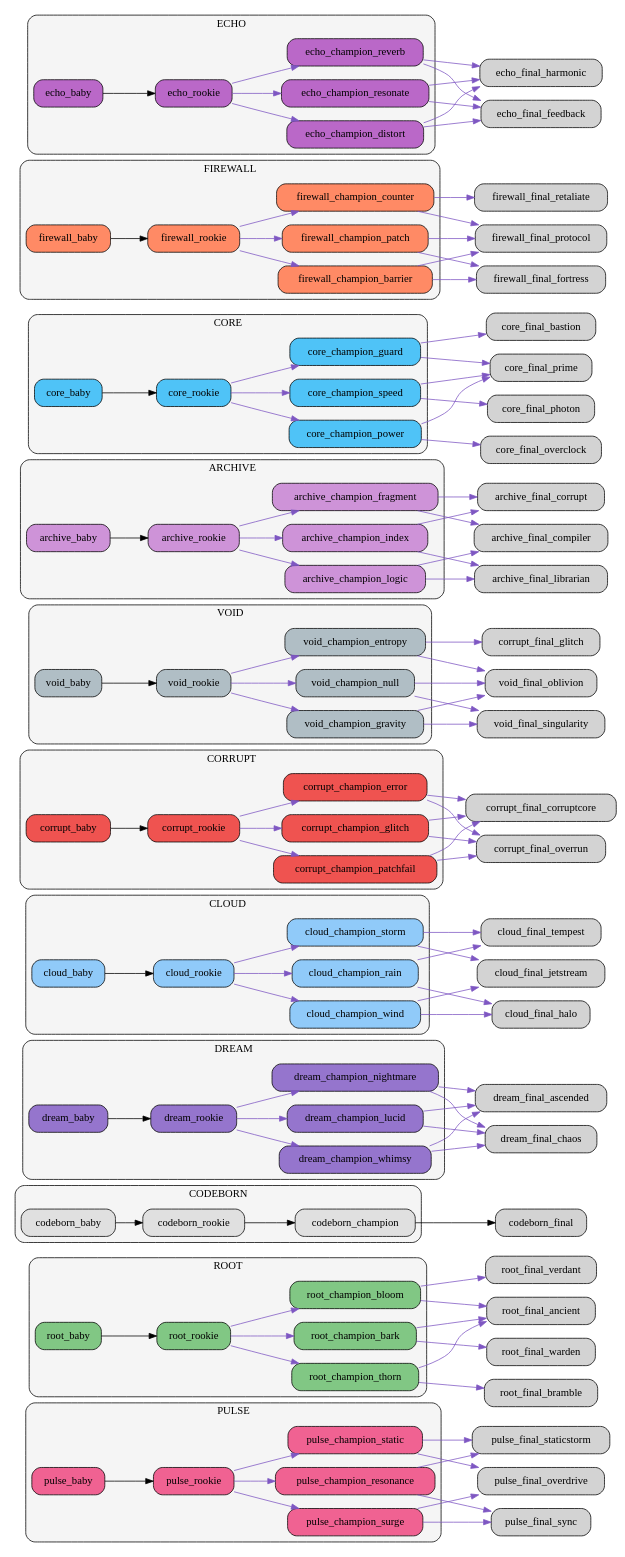
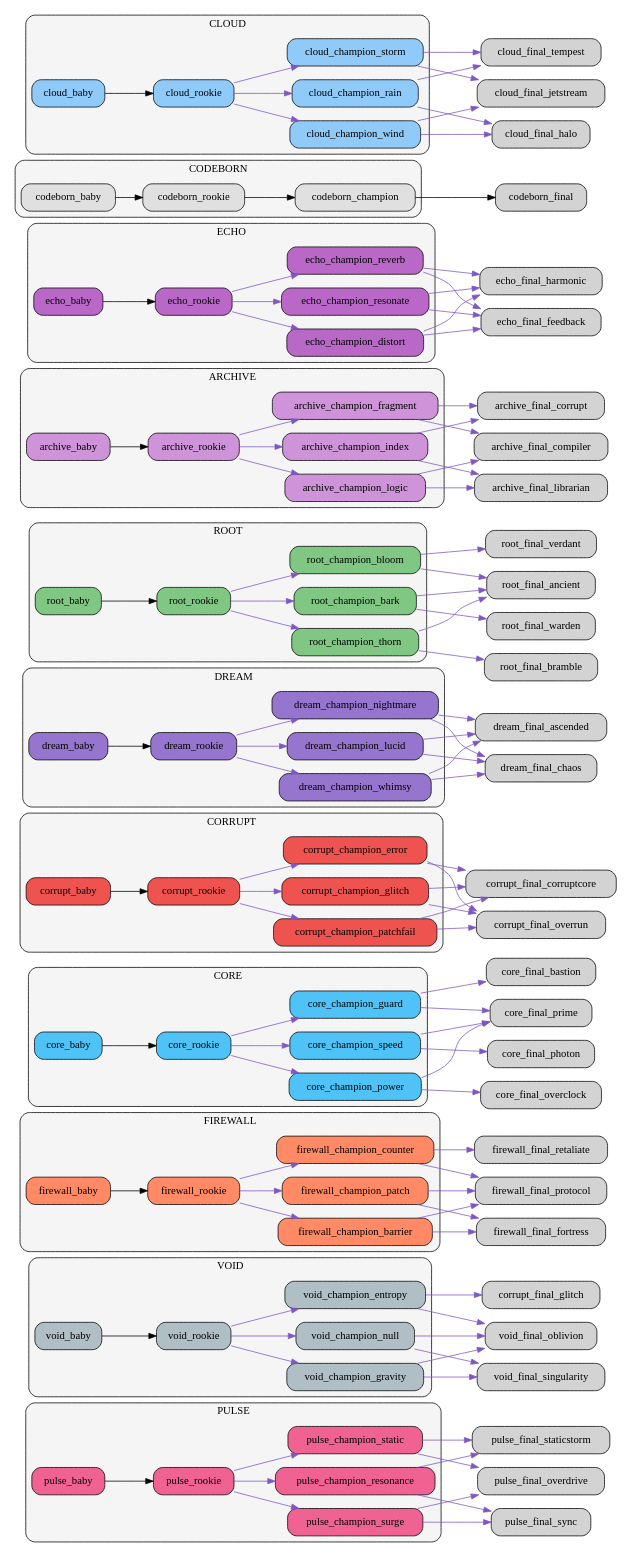
Before and after one commit to bwlight/NetGrid: the diagram in src/netgrid/systems/evolution/graphs/clusters/evolution_clusters.dot, drawn with Graphviz. The commit also changed other lines of this file and 8 other files, not shown here.

Commit message:
Auto-update evolution graphs

```diff
--- a/src/netgrid/systems/evolution/graphs/clusters/evolution_clusters.dot
+++ b/src/netgrid/systems/evolution/graphs/clusters/evolution_clusters.dot
@@ -10,21 +10,41 @@
     "pulse_champion_resonance" [fillcolor="#f06292"];
     "pulse_champion_static" [fillcolor="#f06292"];
   }
-  subgraph cluster_root {
-    label="ROOT";
+  subgraph cluster_void {
+    label="VOID";
     style="rounded,filled"; fillcolor="#f5f5f5";
-    "root_baby" [fillcolor="#81c784"];
-    "root_rookie" [fillcolor="#81c784"];
-    "root_champion_thorn" [fillcolor="#81c784"];
-    "root_champion_bloom" [fillcolor="#81c784"];
-    "root_champion_bark" [fillcolor="#81c784"];
+    "void_baby" [fillcolor="#b0bec5"];
+    "void_rookie" [fillcolor="#b0bec5"];
+    "void_champion_entropy" [fillcolor="#b0bec5"];
+    "void_champion_gravity" [fillcolor="#b0bec5"];
+    "void_champion_null" [fillcolor="#b0bec5"];
   }
-  subgraph cluster_codeborn {
-    label="CODEBORN";
+  subgraph cluster_firewall {
+    label="FIREWALL";
     style="rounded,filled"; fillcolor="#f5f5f5";
-    "codeborn_baby" [fillcolor="#e0e0e0"];
-    "codeborn_rookie" [fillcolor="#e0e0e0"];
-    "codeborn_champion" [fillcolor="#e0e0e0"];
+    "firewall_baby" [fillcolor="#ff8a65"];
+    "firewall_rookie" [fillcolor="#ff8a65"];
+    "firewall_champion_barrier" [fillcolor="#ff8a65"];
+    "firewall_champion_counter" [fillcolor="#ff8a65"];
+    "firewall_champion_patch" [fillcolor="#ff8a65"];
+  }
+  subgraph cluster_core {
+    label="CORE";
+    style="rounded,filled"; fillcolor="#f5f5f5";
+    "core_baby" [fillcolor="#4fc3f7"];
+    "core_rookie" [fillcolor="#4fc3f7"];
+    "core_champion_power" [fillcolor="#4fc3f7"];
+    "core_champion_guard" [fillcolor="#4fc3f7"];
+    "core_champion_speed" [fillcolor="#4fc3f7"];
+  }
+  subgraph cluster_corrupt {
+    label="CORRUPT";
+    style="rounded,filled"; fillcolor="#f5f5f5";
+    "corrupt_baby" [fillcolor="#ef5350"];
+    "corrupt_rookie" [fillcolor="#ef5350"];
+    "corrupt_champion_glitch" [fillcolor="#ef5350"];
+    "corrupt_champion_error" [fillcolor="#ef5350"];
+    "corrupt_champion_patchfail" [fillcolor="#ef5350"];
   }
   subgraph cluster_dream {
     label="DREAM";
@@ -35,32 +55,14 @@
     "dream_champion_nightmare" [fillcolor="#9575cd"];
     "dream_champion_whimsy" [fillcolor="#9575cd"];
   }
-  subgraph cluster_cloud {
-    label="CLOUD";
+  subgraph cluster_root {
+    label="ROOT";
     style="rounded,filled"; fillcolor="#f5f5f5";
-    "cloud_baby" [fillcolor="#90caf9"];
-    "cloud_rookie" [fillcolor="#90caf9"];
-    "cloud_champion_wind" [fillcolor="#90caf9"];
-    "cloud_champion_rain" [fillcolor="#90caf9"];
-    "cloud_champion_storm" [fillcolor="#90caf9"];
-  }
-  subgraph cluster_corrupt {
-    label="CORRUPT";
-    style="rounded,filled"; fillcolor="#f5f5f5";
-    "corrupt_baby" [fillcolor="#ef5350"];
-    "corrupt_rookie" [fillcolor="#ef5350"];
-    "corrupt_champion_glitch" [fillcolor="#ef5350"];
-    "corrupt_champion_error" [fillcolor="#ef5350"];
-    "corrupt_champion_patchfail" [fillcolor="#ef5350"];
-  }
-  subgraph cluster_void {
-    label="VOID";
-    style="rounded,filled"; fillcolor="#f5f5f5";
-    "void_baby" [fillcolor="#b0bec5"];
-    "void_rookie" [fillcolor="#b0bec5"];
-    "void_champion_entropy" [fillcolor="#b0bec5"];
-    "void_champion_gravity" [fillcolor="#b0bec5"];
-    "void_champion_null" [fillcolor="#b0bec5"];
+    "root_baby" [fillcolor="#81c784"];
+    "root_rookie" [fillcolor="#81c784"];
+    "root_champion_thorn" [fillcolor="#81c784"];
+    "root_champion_bloom" [fillcolor="#81c784"];
+    "root_champion_bark" [fillcolor="#81c784"];
   }
   subgraph cluster_archive {
     label="ARCHIVE";
@@ -71,24 +73,6 @@
     "archive_champion_index" [fillcolor="#ce93d8"];
     "archive_champion_fragment" [fillcolor="#ce93d8"];
   }
-  subgraph cluster_core {
-    label="CORE";
-    style="rounded,filled"; fillcolor="#f5f5f5";
-    "core_baby" [fillcolor="#4fc3f7"];
-    "core_rookie" [fillcolor="#4fc3f7"];
-    "core_champion_power" [fillcolor="#4fc3f7"];
-    "core_champion_guard" [fillcolor="#4fc3f7"];
-    "core_champion_speed" [fillcolor="#4fc3f7"];
-  }
-  subgraph cluster_firewall {
-    label="FIREWALL";
-    style="rounded,filled"; fillcolor="#f5f5f5";
-    "firewall_baby" [fillcolor="#ff8a65"];
-    "firewall_rookie" [fillcolor="#ff8a65"];
-    "firewall_champion_barrier" [fillcolor="#ff8a65"];
-    "firewall_champion_counter" [fillcolor="#ff8a65"];
-    "firewall_champion_patch" [fillcolor="#ff8a65"];
-  }
   subgraph cluster_echo {
     label="ECHO";
     style="rounded,filled"; fillcolor="#f5f5f5";
@@ -97,6 +81,22 @@
     "echo_champion_resonate" [fillcolor="#ba68c8"];
     "echo_champion_reverb" [fillcolor="#ba68c8"];
     "echo_champion_distort" [fillcolor="#ba68c8"];
+  }
+  subgraph cluster_codeborn {
+    label="CODEBORN";
+    style="rounded,filled"; fillcolor="#f5f5f5";
+    "codeborn_baby" [fillcolor="#e0e0e0"];
+    "codeborn_rookie" [fillcolor="#e0e0e0"];
+    "codeborn_champion" [fillcolor="#e0e0e0"];
+  }
+  subgraph cluster_cloud {
+    label="CLOUD";
+    style="rounded,filled"; fillcolor="#f5f5f5";
+    "cloud_baby" [fillcolor="#90caf9"];
+    "cloud_rookie" [fillcolor="#90caf9"];
+    "cloud_champion_wind" [fillcolor="#90caf9"];
+    "cloud_champion_rain" [fillcolor="#90caf9"];
+    "cloud_champion_storm" [fillcolor="#90caf9"];
   }
   "pulse_baby" -> "pulse_rookie";
   "pulse_rookie" -> "pulse_champion_surge" [color="#7e57c2"];
@@ -108,6 +108,56 @@
   "pulse_champion_resonance" -> "pulse_final_staticstorm" [color="#7e57c2"];
   "pulse_champion_static" -> "pulse_final_staticstorm" [color="#7e57c2"];
   "pulse_champion_static" -> "pulse_final_overdrive" [color="#7e57c2"];
+  "void_baby" -> "void_rookie";
+  "void_rookie" -> "void_champion_entropy" [color="#7e57c2"];
+  "void_rookie" -> "void_champion_gravity" [color="#7e57c2"];
+  "void_rookie" -> "void_champion_null" [color="#7e57c2"];
+  "void_champion_entropy" -> "corrupt_final_glitch" [color="#7e57c2"];
+  "void_champion_entropy" -> "void_final_oblivion" [color="#7e57c2"];
+  "void_champion_gravity" -> "void_final_singularity" [color="#7e57c2"];
+  "void_champion_gravity" -> "void_final_oblivion" [color="#7e57c2"];
+  "void_champion_null" -> "void_final_oblivion" [color="#7e57c2"];
+  "void_champion_null" -> "void_final_singularity" [color="#7e57c2"];
+  "firewall_baby" -> "firewall_rookie";
+  "firewall_rookie" -> "firewall_champion_barrier" [color="#7e57c2"];
+  "firewall_rookie" -> "firewall_champion_counter" [color="#7e57c2"];
+  "firewall_rookie" -> "firewall_champion_patch" [color="#7e57c2"];
+  "firewall_champion_barrier" -> "firewall_final_fortress" [color="#7e57c2"];
+  "firewall_champion_barrier" -> "firewall_final_protocol" [color="#7e57c2"];
+  "firewall_champion_counter" -> "firewall_final_retaliate" [color="#7e57c2"];
+  "firewall_champion_counter" -> "firewall_final_protocol" [color="#7e57c2"];
+  "firewall_champion_patch" -> "firewall_final_protocol" [color="#7e57c2"];
+  "firewall_champion_patch" -> "firewall_final_fortress" [color="#7e57c2"];
+  "core_baby" -> "core_rookie";
+  "core_rookie" -> "core_champion_power" [color="#7e57c2"];
+  "core_rookie" -> "core_champion_guard" [color="#7e57c2"];
+  "core_rookie" -> "core_champion_speed" [color="#7e57c2"];
+  "core_champion_power" -> "core_final_overclock" [color="#7e57c2"];
+  "core_champion_power" -> "core_final_prime" [color="#7e57c2"];
+  "core_champion_guard" -> "core_final_bastion" [color="#7e57c2"];
+  "core_champion_guard" -> "core_final_prime" [color="#7e57c2"];
+  "core_champion_speed" -> "core_final_photon" [color="#7e57c2"];
+  "core_champion_speed" -> "core_final_prime" [color="#7e57c2"];
+  "corrupt_baby" -> "corrupt_rookie";
+  "corrupt_rookie" -> "corrupt_champion_glitch" [color="#7e57c2"];
+  "corrupt_rookie" -> "corrupt_champion_error" [color="#7e57c2"];
+  "corrupt_rookie" -> "corrupt_champion_patchfail" [color="#7e57c2"];
+  "corrupt_champion_glitch" -> "corrupt_final_corruptcore" [color="#7e57c2"];
+  "corrupt_champion_glitch" -> "corrupt_final_overrun" [color="#7e57c2"];
+  "corrupt_champion_error" -> "corrupt_final_overrun" [color="#7e57c2"];
+  "corrupt_champion_error" -> "corrupt_final_corruptcore" [color="#7e57c2"];
+  "corrupt_champion_patchfail" -> "corrupt_final_corruptcore" [color="#7e57c2"];
+  "corrupt_champion_patchfail" -> "corrupt_final_overrun" [color="#7e57c2"];
+  "dream_baby" -> "dream_rookie";
+  "dream_rookie" -> "dream_champion_lucid" [color="#7e57c2"];
+  "dream_rookie" -> "dream_champion_nightmare" [color="#7e57c2"];
+  "dream_rookie" -> "dream_champion_whimsy" [color="#7e57c2"];
+  "dream_champion_lucid" -> "dream_final_ascended" [color="#7e57c2"];
+  "dream_champion_lucid" -> "dream_final_chaos" [color="#7e57c2"];
+  "dream_champion_nightmare" -> "dream_final_chaos" [color="#7e57c2"];
+  "dream_champion_nightmare" -> "dream_final_ascended" [color="#7e57c2"];
+  "dream_champion_whimsy" -> "dream_final_ascended" [color="#7e57c2"];
+  "dream_champion_whimsy" -> "dream_final_chaos" [color="#7e57c2"];
   "root_baby" -> "root_rookie";
   "root_rookie" -> "root_champion_thorn" [color="#7e57c2"];
   "root_rookie" -> "root_champion_bloom" [color="#7e57c2"];
@@ -118,19 +168,29 @@
   "root_champion_bloom" -> "root_final_verdant" [color="#7e57c2"];
   "root_champion_bark" -> "root_final_warden" [color="#7e57c2"];
   "root_champion_bark" -> "root_final_ancient" [color="#7e57c2"];
+  "archive_baby" -> "archive_rookie";
+  "archive_rookie" -> "archive_champion_logic" [color="#7e57c2"];
+  "archive_rookie" -> "archive_champion_index" [color="#7e57c2"];
+  "archive_rookie" -> "archive_champion_fragment" [color="#7e57c2"];
+  "archive_champion_logic" -> "archive_final_compiler" [color="#7e57c2"];
+  "archive_champion_logic" -> "archive_final_librarian" [color="#7e57c2"];
+  "archive_champion_index" -> "archive_final_librarian" [color="#7e57c2"];
+  "archive_champion_index" -> "archive_final_corrupt" [color="#7e57c2"];
+  "archive_champion_fragment" -> "archive_final_corrupt" [color="#7e57c2"];
+  "archive_champion_fragment" -> "archive_final_compiler" [color="#7e57c2"];
+  "echo_baby" -> "echo_rookie";
+  "echo_rookie" -> "echo_champion_resonate" [color="#7e57c2"];
+  "echo_rookie" -> "echo_champion_reverb" [color="#7e57c2"];
+  "echo_rookie" -> "echo_champion_distort" [color="#7e57c2"];
+  "echo_champion_resonate" -> "echo_final_harmonic" [color="#7e57c2"];
+  "echo_champion_resonate" -> "echo_final_feedback" [color="#7e57c2"];
+  "echo_champion_reverb" -> "echo_final_feedback" [color="#7e57c2"];
+  "echo_champion_reverb" -> "echo_final_harmonic" [color="#7e57c2"];
+  "echo_champion_distort" -> "echo_final_feedback" [color="#7e57c2"];
+  "echo_champion_distort" -> "echo_final_harmonic" [color="#7e57c2"];
   "codeborn_baby" -> "codeborn_rookie";
   "codeborn_rookie" -> "codeborn_champion";
   "codeborn_champion" -> "codeborn_final";
-  "dream_baby" -> "dream_rookie";
-  "dream_rookie" -> "dream_champion_lucid" [color="#7e57c2"];
-  "dream_rookie" -> "dream_champion_nightmare" [color="#7e57c2"];
-  "dream_rookie" -> "dream_champion_whimsy" [color="#7e57c2"];
-  "dream_champion_lucid" -> "dream_final_ascended" [color="#7e57c2"];
-  "dream_champion_lucid" -> "dream_final_chaos" [color="#7e57c2"];
-  "dream_champion_nightmare" -> "dream_final_chaos" [color="#7e57c2"];
-  "dream_champion_nightmare" -> "dream_final_ascended" [color="#7e57c2"];
-  "dream_champion_whimsy" -> "dream_final_ascended" [color="#7e57c2"];
-  "dream_champion_whimsy" -> "dream_final_chaos" [color="#7e57c2"];
   "cloud_baby" -> "cloud_rookie";
   "cloud_rookie" -> "cloud_champion_wind" [color="#7e57c2"];
   "cloud_rookie" -> "cloud_champion_rain" [color="#7e57c2"];
@@ -141,64 +201,4 @@
   "cloud_champion_rain" -> "cloud_final_tempest" [color="#7e57c2"];
   "cloud_champion_storm" -> "cloud_final_tempest" [color="#7e57c2"];
   "cloud_champion_storm" -> "cloud_final_jetstream" [color="#7e57c2"];
-  "corrupt_baby" -> "corrupt_rookie";
-  "corrupt_rookie" -> "corrupt_champion_glitch" [color="#7e57c2"];
-  "corrupt_rookie" -> "corrupt_champion_error" [color="#7e57c2"];
-  "corrupt_rookie" -> "corrupt_champion_patchfail" [color="#7e57c2"];
-  "corrupt_champion_glitch" -> "corrupt_final_corruptcore" [color="#7e57c2"];
-  "corrupt_champion_glitch" -> "corrupt_final_overrun" [color="#7e57c2"];
-  "corrupt_champion_error" -> "corrupt_final_overrun" [color="#7e57c2"];
-  "corrupt_champion_error" -> "corrupt_final_corruptcore" [color="#7e57c2"];
-  "corrupt_champion_patchfail" -> "corrupt_final_corruptcore" [color="#7e57c2"];
-  "corrupt_champion_patchfail" -> "corrupt_final_overrun" [color="#7e57c2"];
-  "void_baby" -> "void_rookie";
-  "void_rookie" -> "void_champion_entropy" [color="#7e57c2"];
-  "void_rookie" -> "void_champion_gravity" [color="#7e57c2"];
-  "void_rookie" -> "void_champion_null" [color="#7e57c2"];
-  "void_champion_entropy" -> "corrupt_final_glitch" [color="#7e57c2"];
-  "void_champion_entropy" -> "void_final_oblivion" [color="#7e57c2"];
-  "void_champion_gravity" -> "void_final_singularity" [color="#7e57c2"];
-  "void_champion_gravity" -> "void_final_oblivion" [color="#7e57c2"];
-  "void_champion_null" -> "void_final_oblivion" [color="#7e57c2"];
-  "void_champion_null" -> "void_final_singularity" [color="#7e57c2"];
-  "archive_baby" -> "archive_rookie";
-  "archive_rookie" -> "archive_champion_logic" [color="#7e57c2"];
-  "archive_rookie" -> "archive_champion_index" [color="#7e57c2"];
-  "archive_rookie" -> "archive_champion_fragment" [color="#7e57c2"];
-  "archive_champion_logic" -> "archive_final_compiler" [color="#7e57c2"];
-  "archive_champion_logic" -> "archive_final_librarian" [color="#7e57c2"];
-  "archive_champion_index" -> "archive_final_librarian" [color="#7e57c2"];
-  "archive_champion_index" -> "archive_final_corrupt" [color="#7e57c2"];
-  "archive_champion_fragment" -> "archive_final_corrupt" [color="#7e57c2"];
-  "archive_champion_fragment" -> "archive_final_compiler" [color="#7e57c2"];
-  "core_baby" -> "core_rookie";
-  "core_rookie" -> "core_champion_power" [color="#7e57c2"];
-  "core_rookie" -> "core_champion_guard" [color="#7e57c2"];
-  "core_rookie" -> "core_champion_speed" [color="#7e57c2"];
-  "core_champion_power" -> "core_final_overclock" [color="#7e57c2"];
-  "core_champion_power" -> "core_final_prime" [color="#7e57c2"];
-  "core_champion_guard" -> "core_final_bastion" [color="#7e57c2"];
-  "core_champion_guard" -> "core_final_prime" [color="#7e57c2"];
-  "core_champion_speed" -> "core_final_photon" [color="#7e57c2"];
-  "core_champion_speed" -> "core_final_prime" [color="#7e57c2"];
-  "firewall_baby" -> "firewall_rookie";
-  "firewall_rookie" -> "firewall_champion_barrier" [color="#7e57c2"];
-  "firewall_rookie" -> "firewall_champion_counter" [color="#7e57c2"];
-  "firewall_rookie" -> "firewall_champion_patch" [color="#7e57c2"];
-  "firewall_champion_barrier" -> "firewall_final_fortress" [color="#7e57c2"];
-  "firewall_champion_barrier" -> "firewall_final_protocol" [color="#7e57c2"];
-  "firewall_champion_counter" -> "firewall_final_retaliate" [color="#7e57c2"];
-  "firewall_champion_counter" -> "firewall_final_protocol" [color="#7e57c2"];
-  "firewall_champion_patch" -> "firewall_final_protocol" [color="#7e57c2"];
-  "firewall_champion_patch" -> "firewall_final_fortress" [color="#7e57c2"];
-  "echo_baby" -> "echo_rookie";
-  "echo_rookie" -> "echo_champion_resonate" [color="#7e57c2"];
-  "echo_rookie" -> "echo_champion_reverb" [color="#7e57c2"];
-  "echo_rookie" -> "echo_champion_distort" [color="#7e57c2"];
-  "echo_champion_resonate" -> "echo_final_harmonic" [color="#7e57c2"];
-  "echo_champion_resonate" -> "echo_final_feedback" [color="#7e57c2"];
-  "echo_champion_reverb" -> "echo_final_feedback" [color="#7e57c2"];
-  "echo_champion_reverb" -> "echo_final_harmonic" [color="#7e57c2"];
-  "echo_champion_distort" -> "echo_final_feedback" [color="#7e57c2"];
-  "echo_champion_distort" -> "echo_final_harmonic" [color="#7e57c2"];
 }
```
